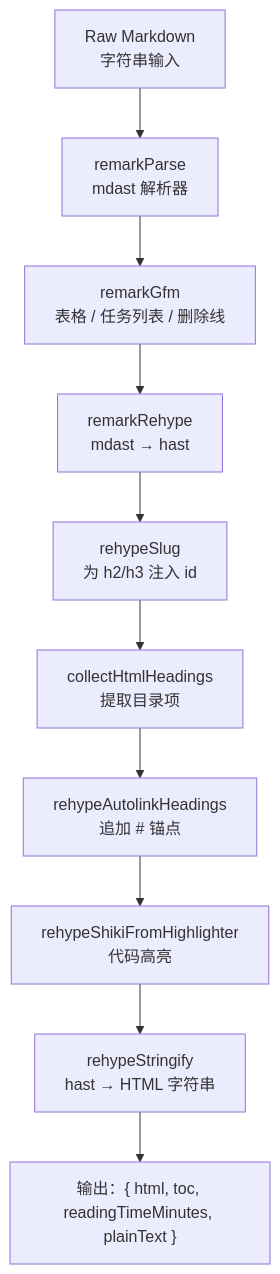
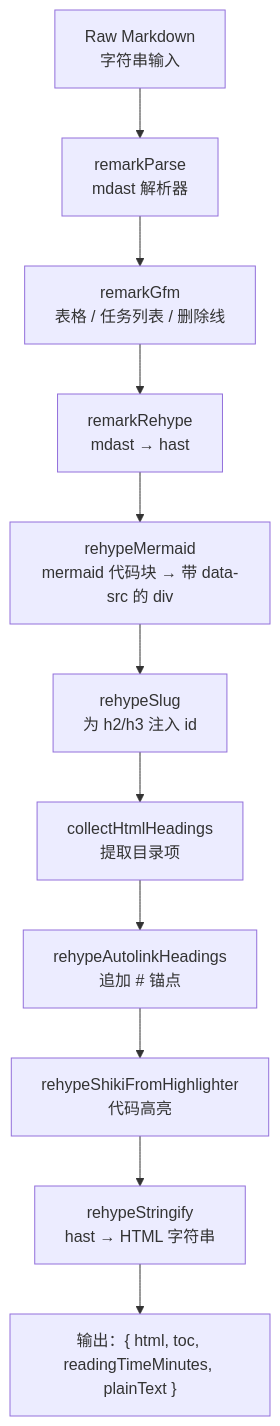
The third of 7 diagrams in content/posts/inside-my-markdown-blog-architecture.md (MoreConsequence/MoreConsequence.github.io), drawn with Mermaid before and after one commit. The commit also changed other lines of this file and 38 other files, not shown here.

First line of the commit message:
feat(blog): 新增 9 篇深度技术文章并全面扩写全部 14 篇博客，重构 Mermaid 渲染器

````diff
--- a/content/posts/inside-my-markdown-blog-architecture.md
+++ b/content/posts/inside-my-markdown-blog-architecture.md
@@ -95,12 +89,13 @@
 ```mermaid
 flowchart TB
     MD["Raw Markdown<br/>字符串输入"] --> R1["remarkParse<br/>mdast 解析器"]
     R1 --> R2["remarkGfm<br/>表格 / 任务列表 / 删除线"]
     R2 --> R3["remarkRehype<br/>mdast → hast"]
-    R3 --> R4["rehypeSlug<br/>为 h2/h3 注入 id"]
-    R4 --> R5["collectHtmlHeadings<br/>提取目录项"]
-    R5 --> R6["rehypeAutolinkHeadings<br/>追加 # 锚点"]
-    R6 --> R7["rehypeShikiFromHighlighter<br/>代码高亮"]
-    R7 --> R8["rehypeStringify<br/>hast → HTML 字符串"]
-    R8 --> OUT["输出：{ html, toc, readingTimeMinutes, plainText }"]
+    R3 --> R4["rehypeMermaid<br/>mermaid 代码块 → 带 data-src 的 div"]
+    R4 --> R5["rehypeSlug<br/>为 h2/h3 注入 id"]
+    R5 --> R6["collectHtmlHeadings<br/>提取目录项"]
+    R6 --> R7["rehypeAutolinkHeadings<br/>追加 # 锚点"]
+    R7 --> R8["rehypeShikiFromHighlighter<br/>代码高亮"]
+    R8 --> R9["rehypeStringify<br/>hast → HTML 字符串"]
+    R9 --> OUT["输出：{ html, toc, readingTimeMinutes, plainText }"]
 ```
````
